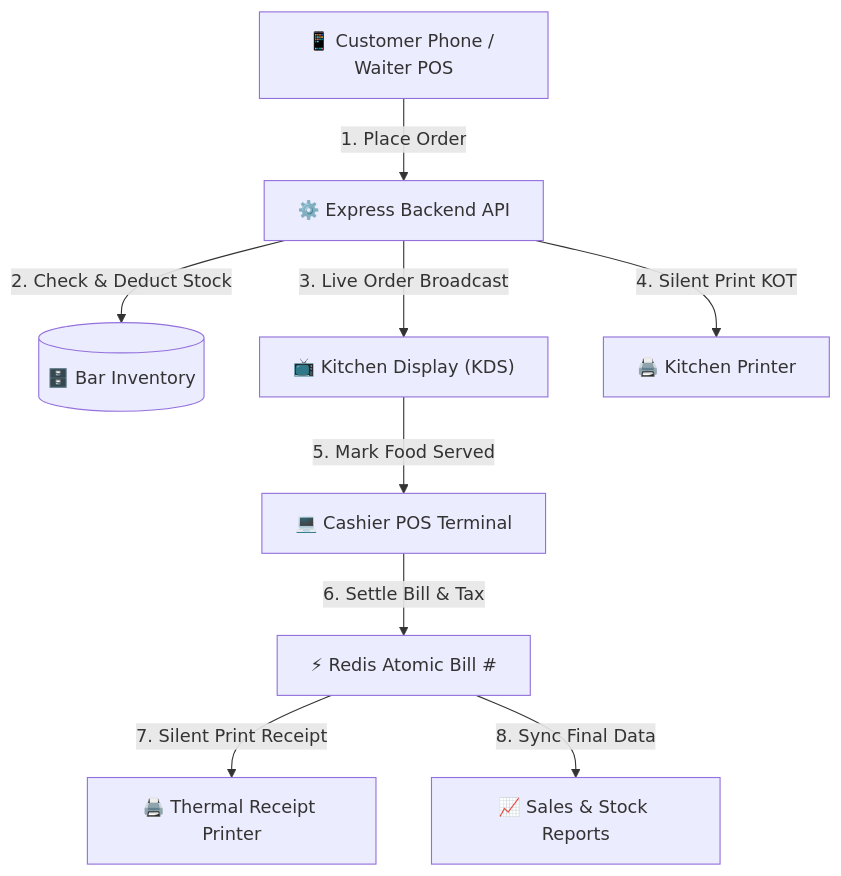
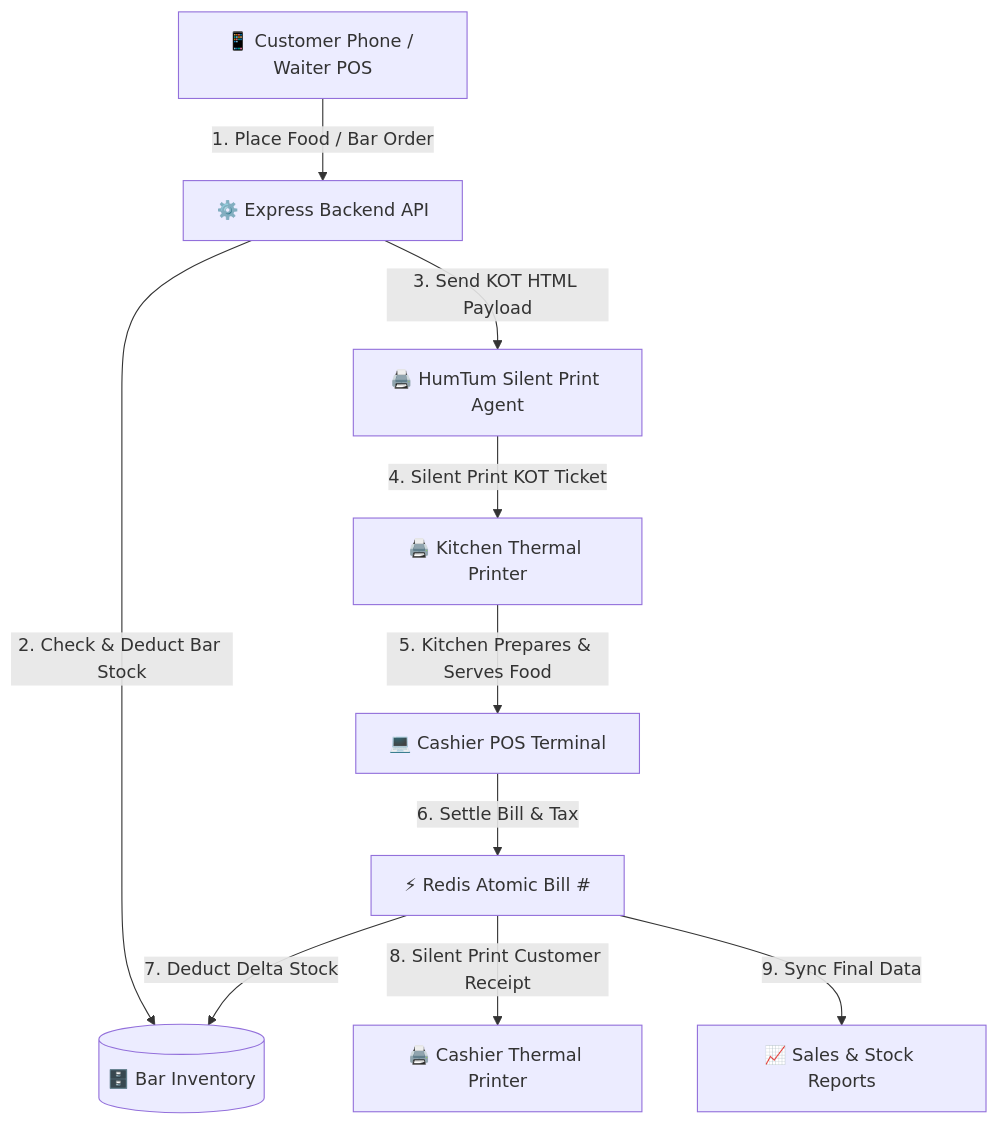
Before and after one commit to trooooperr/HumTum-POS: the second of 4 diagrams in README.md, drawn with Mermaid. The commit also changed other lines of this file, not shown here.

Commit message:
docs: update diagrams for direct silent KOT printer flow to kitchen

````diff
--- a/README.md
+++ b/README.md
@@ -75,12 +75,13 @@
 ```mermaid
 flowchart TD
-    A["📱 Customer Phone / Waiter POS"] -->|1. Place Order| B["⚙️ Express Backend API"]
-    B -->|2. Check & Deduct Stock| C[("🗄️ Bar Inventory")]
-    B -->|3. Live Order Broadcast| D["📺 Kitchen Display (KDS)"]
-    B -->|4. Silent Print KOT| E["🖨️ Kitchen Printer"]
+    A["📱 Customer Phone / Waiter POS"] -->|1. Place Food / Bar Order| B["⚙️ Express Backend API"]
+    B -->|2. Check & Deduct Bar Stock| C[("🗄️ Bar Inventory")]
+    B -->|3. Send KOT HTML Payload| D["🖨️ HumTum Silent Print Agent"]
+    D -->|4. Silent Print KOT Ticket| E["🖨️ Kitchen Thermal Printer"]
     
-    D -->|5. Mark Food Served| F["💻 Cashier POS Terminal"]
+    E -->|5. Kitchen Prepares & Serves Food| F["💻 Cashier POS Terminal"]
     F -->|6. Settle Bill & Tax| G["⚡ Redis Atomic Bill #"]
-    G -->|7. Silent Print Receipt| H["🖨️ Thermal Receipt Printer"]
-    G -->|8. Sync Final Data| I["📈 Sales & Stock Reports"]
+    G -->|7. Deduct Delta Stock| C
+    G -->|8. Silent Print Customer Receipt| H["🖨️ Cashier Thermal Printer"]
+    G -->|9. Sync Final Data| I["📈 Sales & Stock Reports"]
 ```
````
